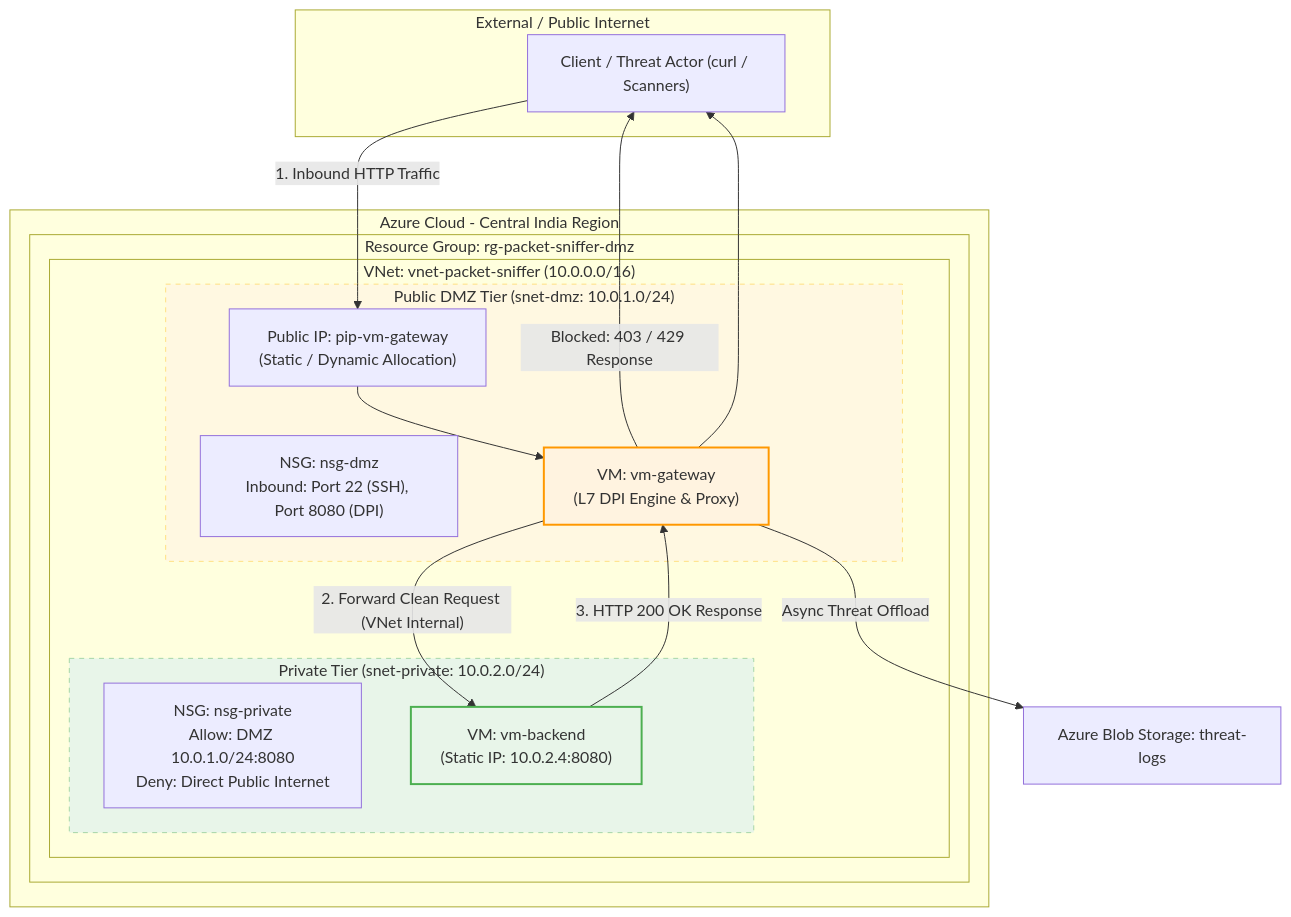
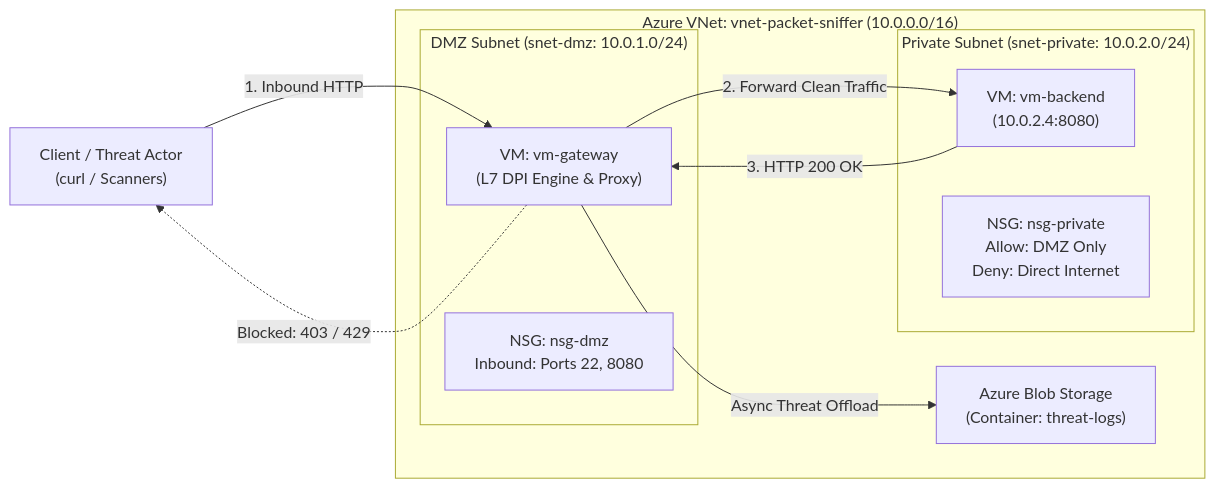
Before and after one commit to iamsanjaynarayanan/Azure-DPI-Deep-Packet-Inspection-Gateway: the diagram in README.md, drawn with Mermaid. The commit also changed other lines of this file, not shown here.

````diff
--- a/README.md
+++ b/README.md
@@ -11,40 +11,26 @@
 ```mermaid
-graph TD
-    subgraph Internet ["External / Public Internet"]
-        Client["Client / Threat Actor (curl / Scanners)"]
+graph LR
+    Client["Client / Threat Actor<br/>(curl / Scanners)"]
+
+    subgraph Azure["Azure VNet: vnet-packet-sniffer (10.0.0.0/16)"]
+        
+        subgraph DMZ["DMZ Subnet (snet-dmz: 10.0.1.0/24)"]
+            Gateway["VM: vm-gateway<br/>(L7 DPI Engine & Proxy)"]
+            NSG_DMZ["NSG: nsg-dmz<br/>Inbound: Ports 22, 8080"]
+        end
+
+        subgraph Private["Private Subnet (snet-private: 10.0.2.0/24)"]
+            Backend["VM: vm-backend<br/>(10.0.2.4:8080)"]
+            NSG_Priv["NSG: nsg-private<br/>Allow: DMZ Only<br/>Deny: Direct Internet"]
+        end
+
+        BlobStorage["Azure Blob Storage<br/>(Container: threat-logs)"]
     end
 
-    subgraph Azure ["Azure Cloud - Central India Region"]
-        subgraph RG ["Resource Group: rg-packet-sniffer-dmz"]
-            subgraph VNet ["VNet: vnet-packet-sniffer (10.0.0.0/16)"]
-                
-                subgraph DMZ ["Public DMZ Tier (snet-dmz: 10.0.1.0/24)"]
-                    NSG_DMZ["NSG: nsg-dmz<br/>Inbound: Port 22 (SSH), Port 8080 (DPI)"]
-                    PIP["Public IP: pip-vm-gateway<br/>(Static / Dynamic Allocation)"]
-                    Gateway["VM: vm-gateway<br/>(L7 DPI Engine & Proxy)"]
-                end
-
-                subgraph Private ["Private Tier (snet-private: 10.0.2.0/24)"]
-                    NSG_Priv["NSG: nsg-private<br/>Allow: DMZ 10.0.1.0/24:8080<br/>Deny: Direct Public Internet"]
-                    Backend["VM: vm-backend<br/>(Static IP: 10.0.2.4:8080)"]
-                end
-
-            end
-        end
-    end
-
-    Client -->|"1. Inbound HTTP Traffic"| PIP
-    PIP --> Gateway
-    
-    Gateway -->|"Blocked: 403 / 429 Response"| Client
-    Gateway -->|"Async Threat Offload"| BlobStorage["Azure Blob Storage: threat-logs"]
-    Gateway -->|"2. Forward Clean Request (VNet Internal)"| Backend
-    Backend -->|"3. HTTP 200 OK Response"| Gateway
-    Gateway --> Client
-
-    style Gateway fill:#FFF3E0,stroke:#FF9800,stroke-width:2px
-    style Backend fill:#E8F5E9,stroke:#4CAF50,stroke-width:2px
-    style DMZ fill:#FFF8E1,stroke:#FFE082,stroke-dasharray: 5 5
-    style Private fill:#E8F5E9,stroke:#A5D6A7,stroke-dasharray: 5 5
+    Client -->|"1. Inbound HTTP"| Gateway
+    Gateway -.->|"Blocked: 403 / 429"| Client
+    Gateway -->|"2. Forward Clean Traffic"| Backend
+    Backend -->|"3. HTTP 200 OK"| Gateway
+    Gateway -->|"Async Threat Offload"| BlobStorage
 
 ```
````
